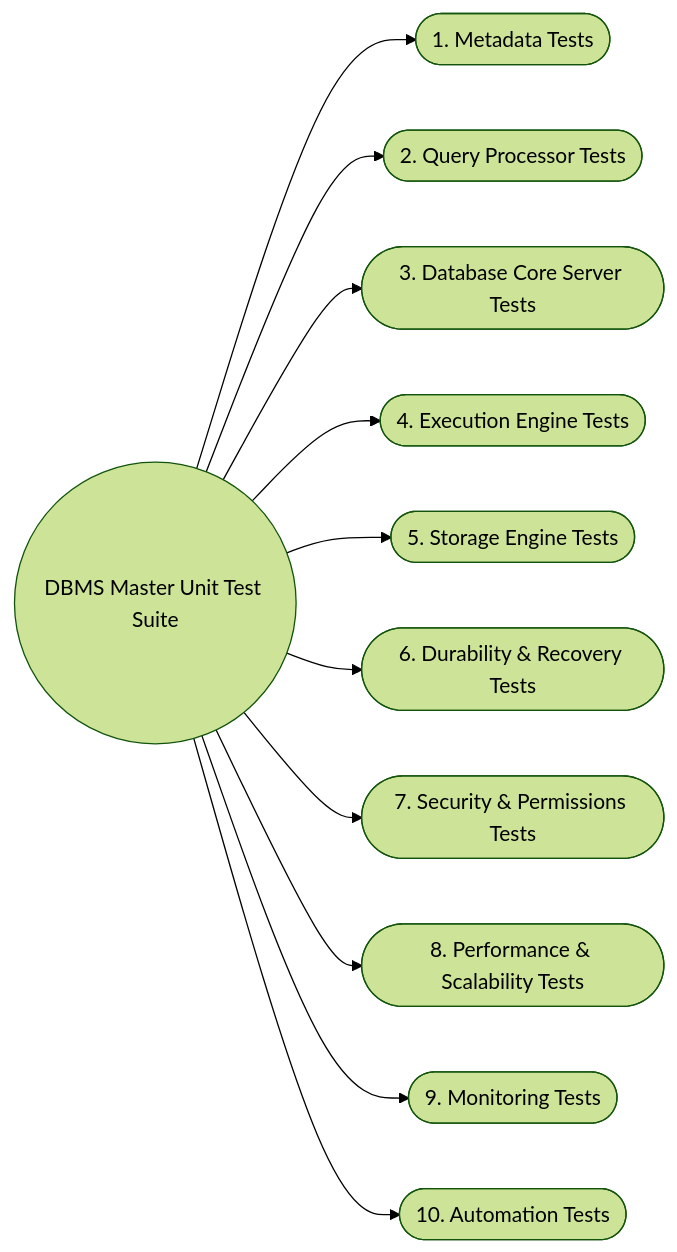
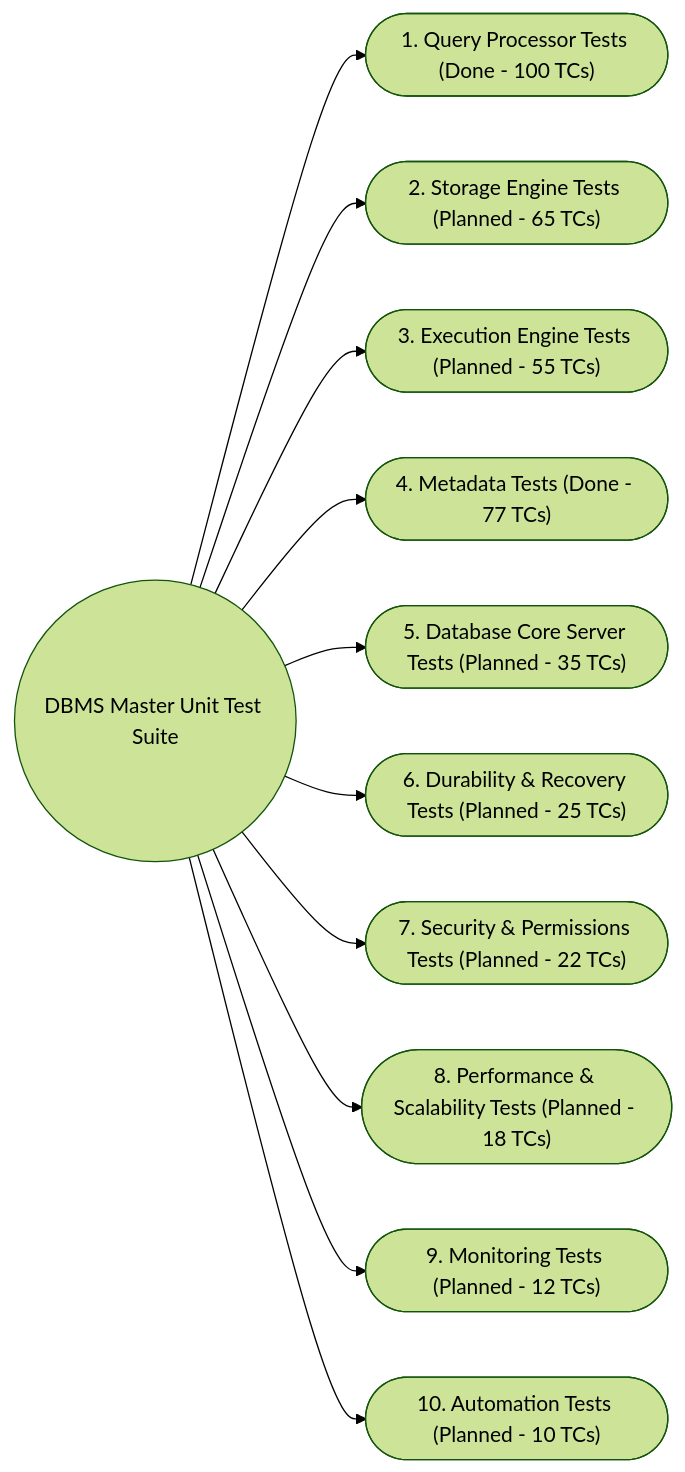
The first of 11 diagrams in docs/unit_test/README.md (Dikhang1112/Database_Management_BBV), drawn with Mermaid (forest theme) before and after one commit. The commit also changed other lines of this file and 40 other files, not shown here.

````diff
--- a/docs/unit_test/README.md
+++ b/docs/unit_test/README.md
@@ -28,26 +28,26 @@
 ```mermaid
 flowchart LR
     Root(("DBMS Master Unit Test Suite"))
 
-    Mod1(["1. Metadata Tests"])
-    Mod2(["2. Query Processor Tests"])
-    Mod3(["3. Database Core Server Tests"])
-    Mod4(["4. Execution Engine Tests"])
-    Mod5(["5. Storage Engine Tests"])
-    Mod6(["6. Durability & Recovery Tests"])
-    Mod7(["7. Security & Permissions Tests"])
-    Mod8(["8. Performance & Scalability Tests"])
-    Mod9(["9. Monitoring Tests"])
-    Mod10(["10. Automation Tests"])
+    Mod1(["1. Query Processor Tests (Done - 100 TCs)"])
+    Mod2(["2. Storage Engine Tests (Planned - 65 TCs)"])
+    Mod3(["3. Execution Engine Tests (Planned - 55 TCs)"])
+    Mod4(["4. Metadata Tests (Done - 77 TCs)"])
+    Mod5(["5. Database Core Server Tests (Planned - 35 TCs)"])
+    Mod6(["6. Durability & Recovery Tests (Planned - 25 TCs)"])
+    Mod7(["7. Security & Permissions Tests (Planned - 22 TCs)"])
+    Mod8(["8. Performance & Scalability Tests (Planned - 18 TCs)"])
+    Mod9(["9. Monitoring Tests (Planned - 12 TCs)"])
+    Mod10(["10. Automation Tests (Planned - 10 TCs)"])
 
     Root --> Mod1
     Root --> Mod2
     Root --> Mod3
     Root --> Mod4
     Root --> Mod5
     Root --> Mod6
     Root --> Mod7
     Root --> Mod8
     Root --> Mod9
     Root --> Mod10
 ```
````
